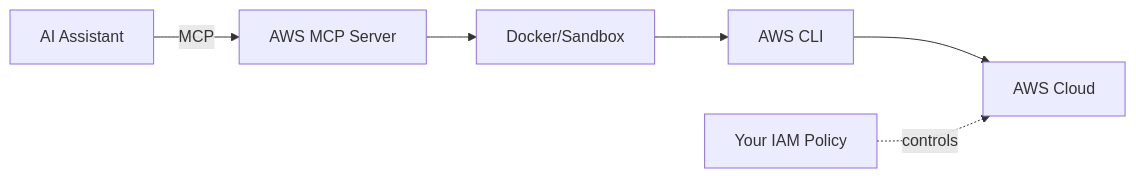
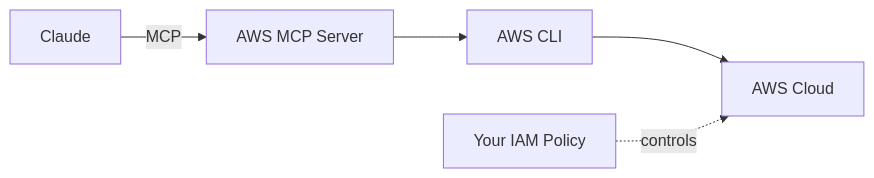
One commit to alexei-led/aws-mcp-server changed the diagram in README.md. Above: the diagram before and after it, drawn with Mermaid. The commit also changed other lines of this file and 12 other files, not shown here.

````diff
--- a/README.md
+++ b/README.md
@@ -27,8 +26,7 @@
 ```mermaid
 flowchart LR
-    AI[AI Assistant] -->|MCP| Server[AWS MCP Server]
-    Server --> Sandbox[Docker/Sandbox]
-    Sandbox --> CLI[AWS CLI]
+    Claude[Claude] -->|MCP| Server[AWS MCP Server]
+    Server --> CLI[AWS CLI]
     CLI --> AWS[AWS Cloud]
     IAM[Your IAM Policy] -.->|controls| AWS
 ```
````
